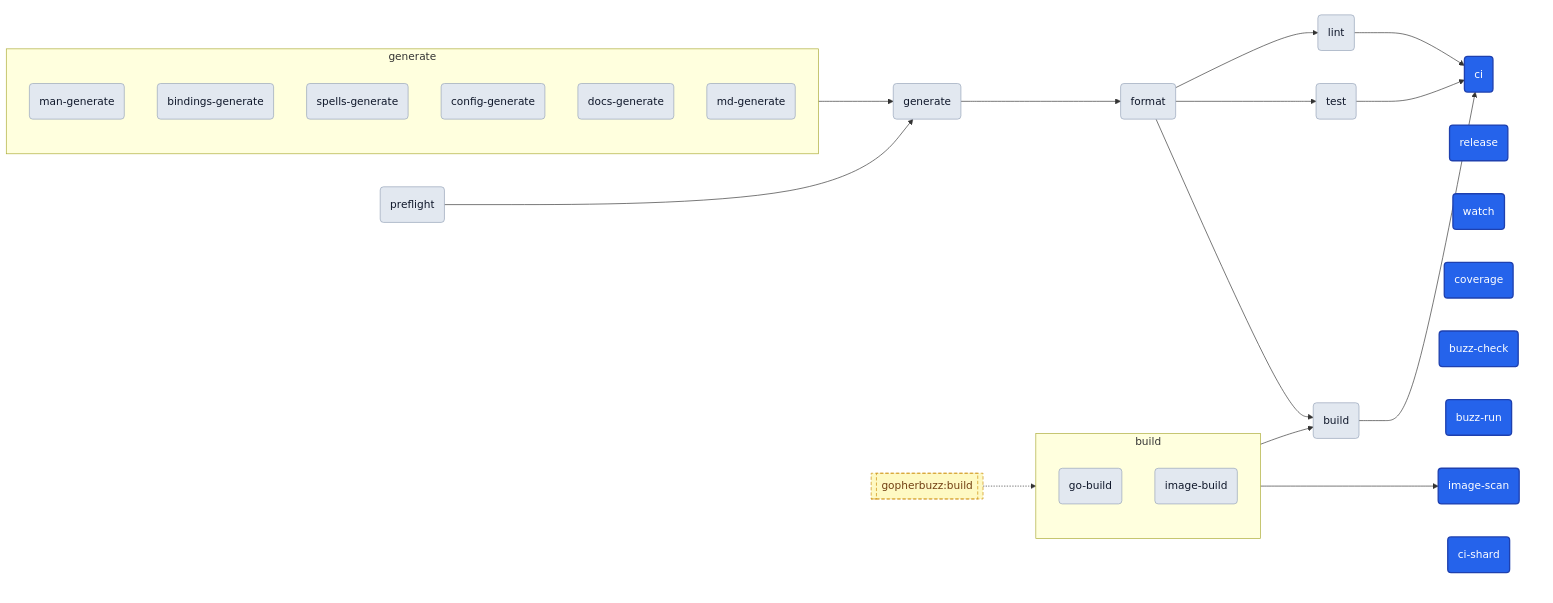
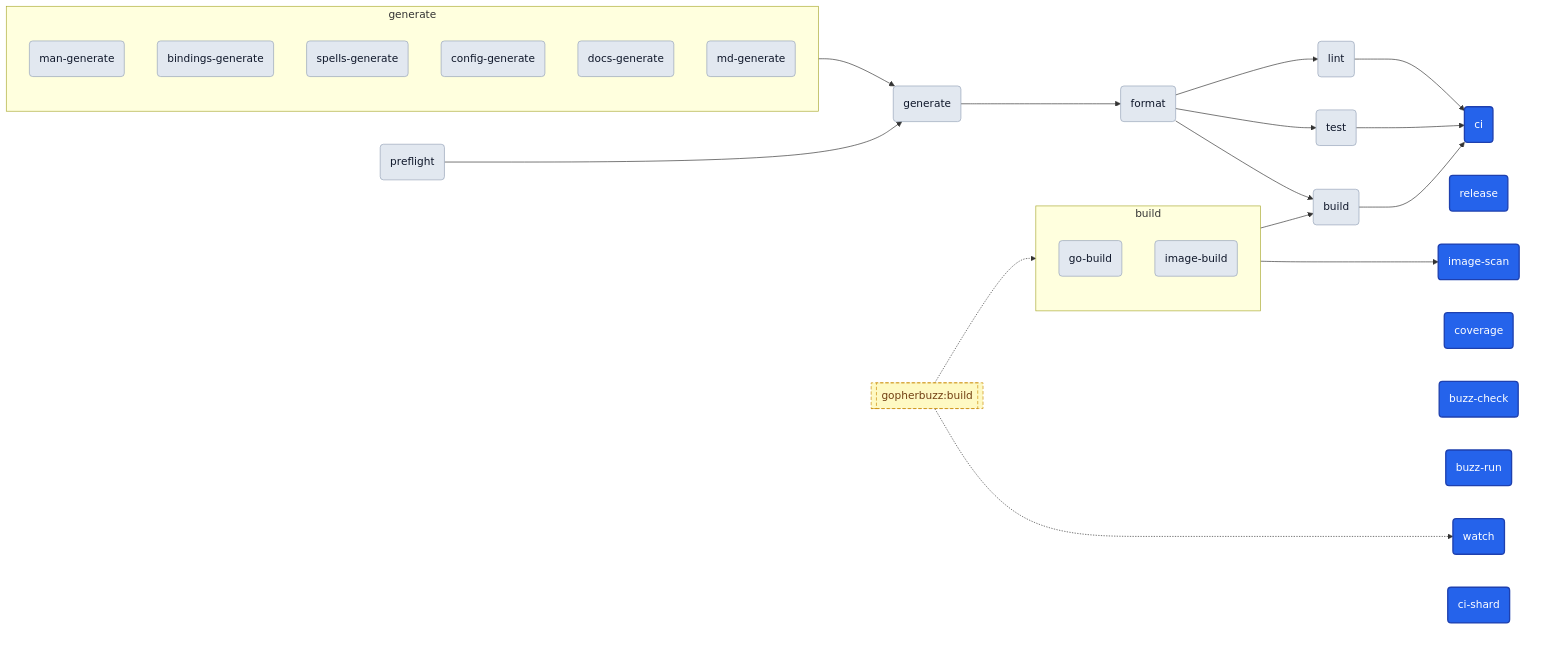
One commit to egladman/magus changed the second of 6 diagrams in MAGUS.md. Above: the diagram before and after it, drawn with Mermaid. The commit also changed other lines of this file and 617 other files, not shown here.

````diff
--- a/MAGUS.md
+++ b/MAGUS.md
@@ -58,57 +58,58 @@
 ```mermaid
 ---
 config:
   flowchart:
     nodeSpacing: 50
     rankSpacing: 80
 ---
 graph LR
   subgraph stage_build["build"]
     go_build("go-build")
     image_build("image-build")
   end
   subgraph stage_generate["generate"]
     man_generate("man-generate")
     bindings_generate("bindings-generate")
     spells_generate("spells-generate")
     config_generate("config-generate")
     docs_generate("docs-generate")
     md_generate("md-generate")
   end
   subgraph entry_cluster[" "]
     image_scan("image-scan")
     release("release")
     watch("watch")
     coverage("coverage")
     buzz_check("buzz-check")
     buzz_run("buzz-run")
     ci("ci")
     ci_shard("ci-shard")
   end
   generate("generate")
   preflight("preflight")
   build("build")
   test("test")
   lint("lint")
   format("format")
   xt_gopherbuzz_build[["gopherbuzz:build"]]
   stage_build --> image_scan
   preflight --> generate
   stage_generate --> generate
   format --> build
   stage_build --> build
   format --> test
   format --> lint
   generate --> format
   lint --> ci
   build --> ci
   test --> ci
   xt_gopherbuzz_build -.-> stage_build
+  xt_gopherbuzz_build -.-> watch
   classDef anchor fill:#2563eb,color:#ffffff,stroke:#1e40af,stroke-width:2px
   classDef target fill:#e2e8f0,color:#0f172a,stroke:#94a3b8
   classDef external fill:#fef9c3,color:#713f12,stroke:#ca8a04,stroke-dasharray:5 3
   class buzz_check,buzz_run,ci,ci_shard,coverage,image_scan,release,watch anchor
   class bindings_generate,build,config_generate,docs_generate,format,generate,go_build,image_build,lint,man_generate,md_generate,preflight,spells_generate,test target
   class xt_gopherbuzz_build external
   style entry_cluster fill:transparent,stroke:transparent
 ```
````
